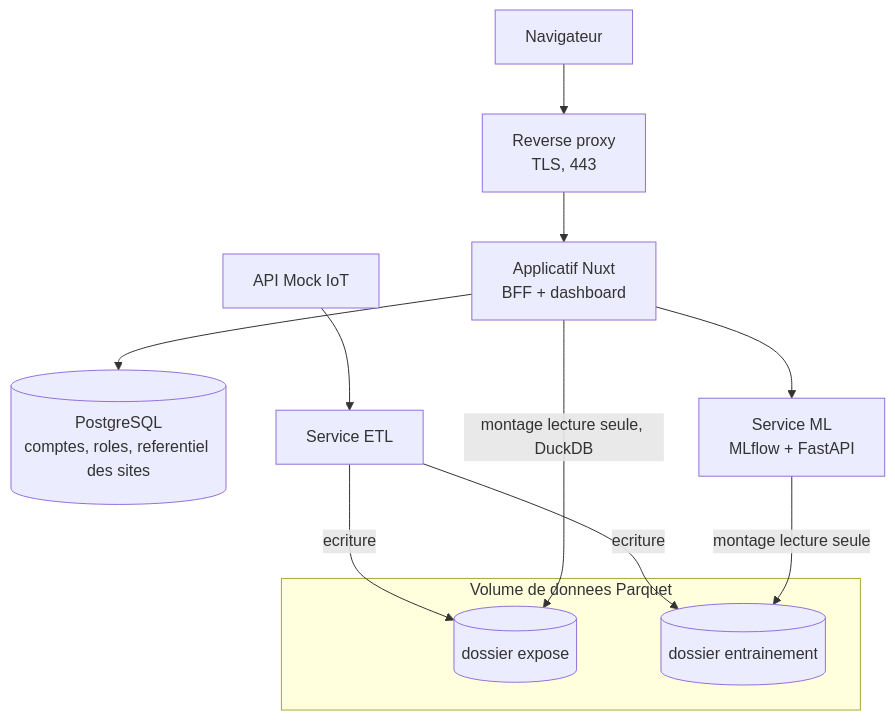
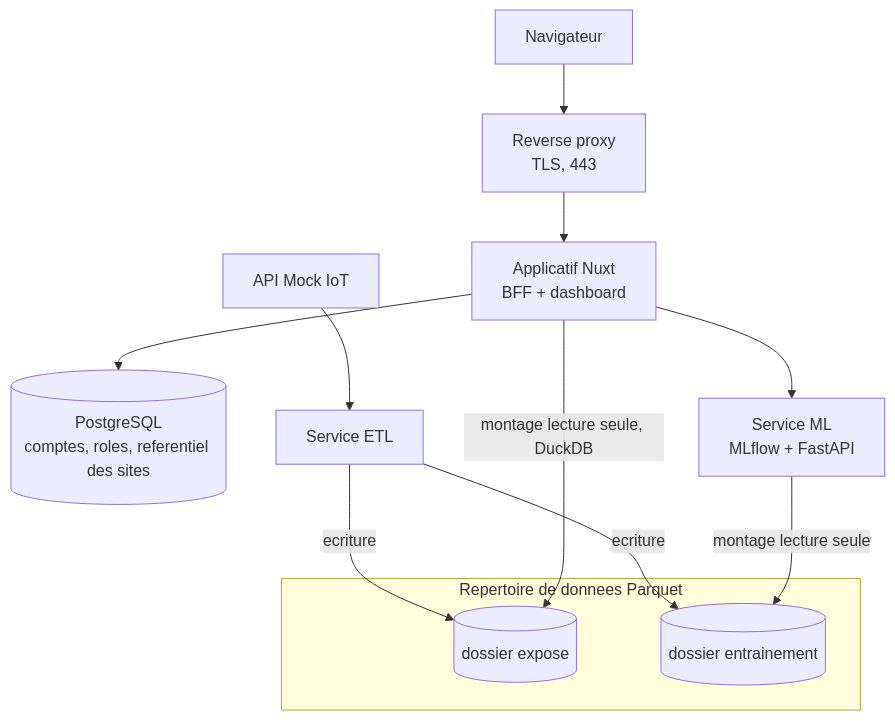
The first of 4 diagrams in docs/architecture.md (AlexRovere/smart-energy-optimizer), drawn with Mermaid before and after one commit. The commit also changed other lines of this file, not shown here.

````diff
--- a/docs/architecture.md
+++ b/docs/architecture.md
@@ -18,16 +18,16 @@
 ```mermaid
 flowchart TB
     U["Navigateur"] --> RP["Reverse proxy<br/>TLS, 443"]
     RP --> APP["Applicatif Nuxt<br/>BFF + dashboard"]
     APP --> PG[("PostgreSQL<br/>comptes, roles, referentiel des sites")]
     APP --> ML["Service ML<br/>MLflow + FastAPI"]
     MOCK["API Mock IoT"] --> ETL["Service ETL"]
-    subgraph VOL["Volume de donnees Parquet"]
+    subgraph VOL["Repertoire de donnees Parquet"]
         BEX[("dossier expose")]
         BML[("dossier entrainement")]
     end
     ETL -->|ecriture| BEX
     ETL -->|ecriture| BML
     APP -->|montage lecture seule, DuckDB| BEX
     ML -->|montage lecture seule| BML
 ```
````
